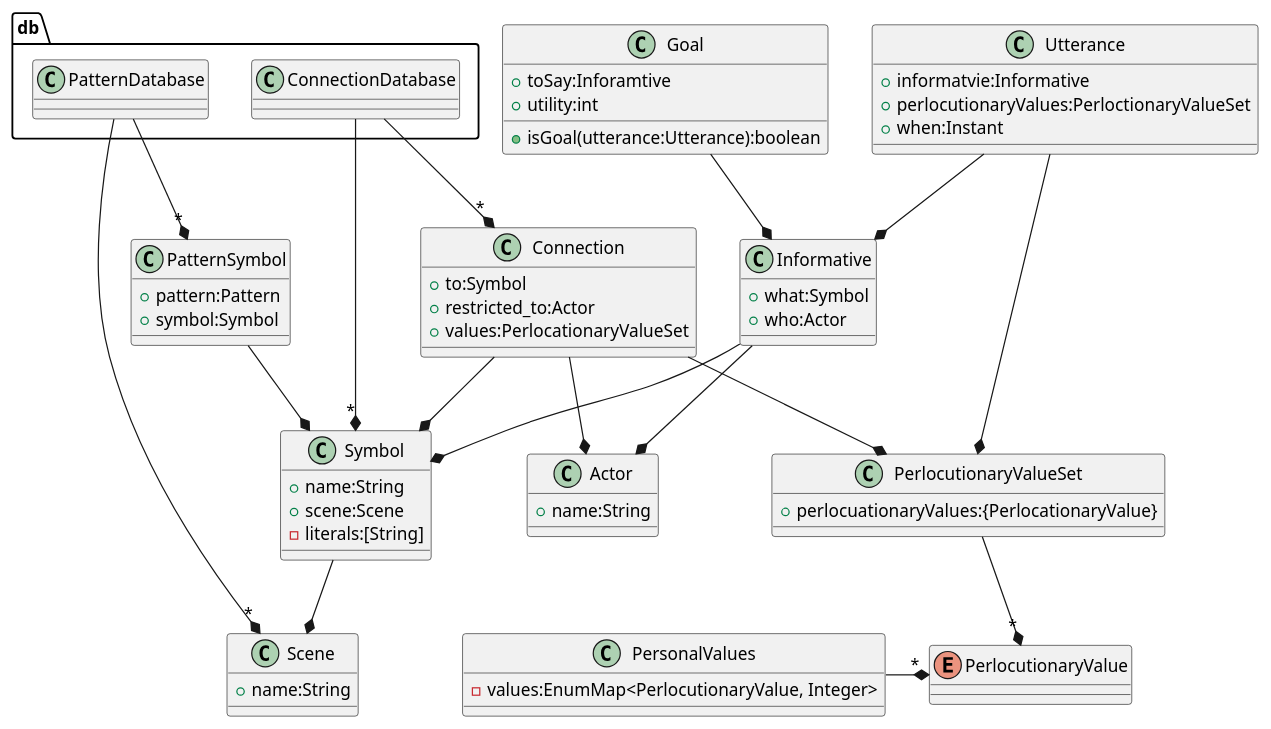
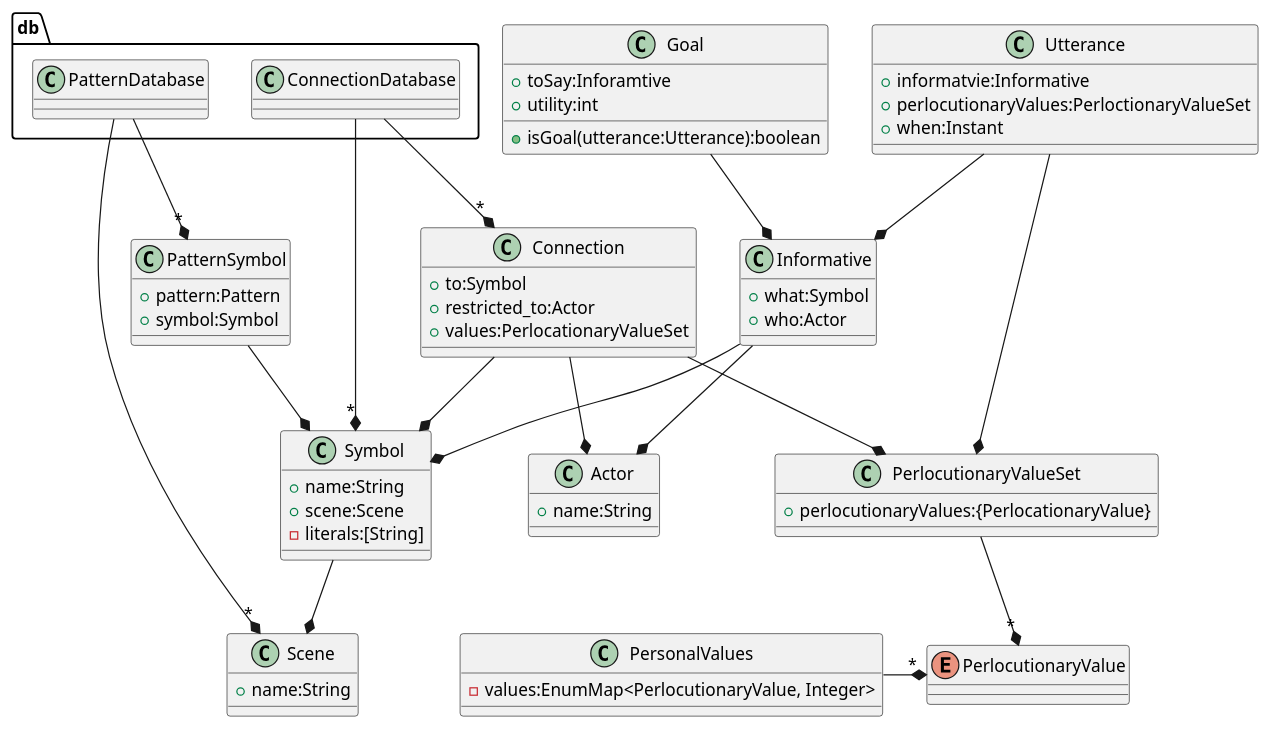
One commit to jappeace/methods-homework changed diagram 11 of 27 in thesis/thesis.org. Above: the diagram before and after it, drawn with PlantUML. The commit also changed other lines of this file and 1 other file, not shown here.

```diff
--- a/thesis/thesis.org
+++ b/thesis/thesis.org
@@ -2726,66 +2744,66 @@
 #+BEGIN_SRC plantuml :cache yes :file img/uml/droolclass.png :exports results
   enum PerlocutionaryValue
   class PerlocutionaryValueSet{
-    +perlocuationaryValues:{PerlocationaryValue}
+    +perlocutionaryValues:{PerlocationaryValue}
   }
   PerlocutionaryValueSet --* "*" PerlocutionaryValue
 
   package db{
     class ConnectionDatabase
     class PatternDatabase 
   }
   PatternDatabase --* "*" PatternSymbol
   PatternDatabase --* "*" Scene
   ConnectionDatabase --* "*" Symbol
   ConnectionDatabase --* "*" Connection
 
   class Actor {
     +name:String
   }
   class Connection {
     +to:Symbol
     +restricted_to:Actor
     +values:PerlocationaryValueSet
   }
   Connection --* Symbol
   Connection --* Actor
   Connection --* PerlocutionaryValueSet
   class Goal{
     +toSay:Inforamtive
     +utility:int
     +isGoal(utterance:Utterance):boolean
   }
   Goal --* Informative
   class Informative{
      +what:Symbol
      +who:Actor
   }
   Informative --* Actor
   Informative --* Symbol
   class PatternSymbol{
      +pattern:Pattern
      +symbol:Symbol
   }
   PatternSymbol --* Symbol
   class PersonalValues{
      -values:EnumMap<PerlocutionaryValue, Integer>
   }
   PersonalValues -* "*" PerlocutionaryValue
   class Scene {
     +name:String
   }
   class Symbol {
     +name:String
     +scene:Scene
     -literals:[String]
   }
   Symbol --* Scene
   class Utterance{
     +informatvie:Informative
     +perlocutionaryValues:PerloctionaryValueSet
     +when:Instant
   }
   Utterance --* PerlocutionaryValueSet
   Utterance --* Informative
   PerlocutionaryValueSet -[hidden]-> PersonalValues
 #+END_SRC
```
